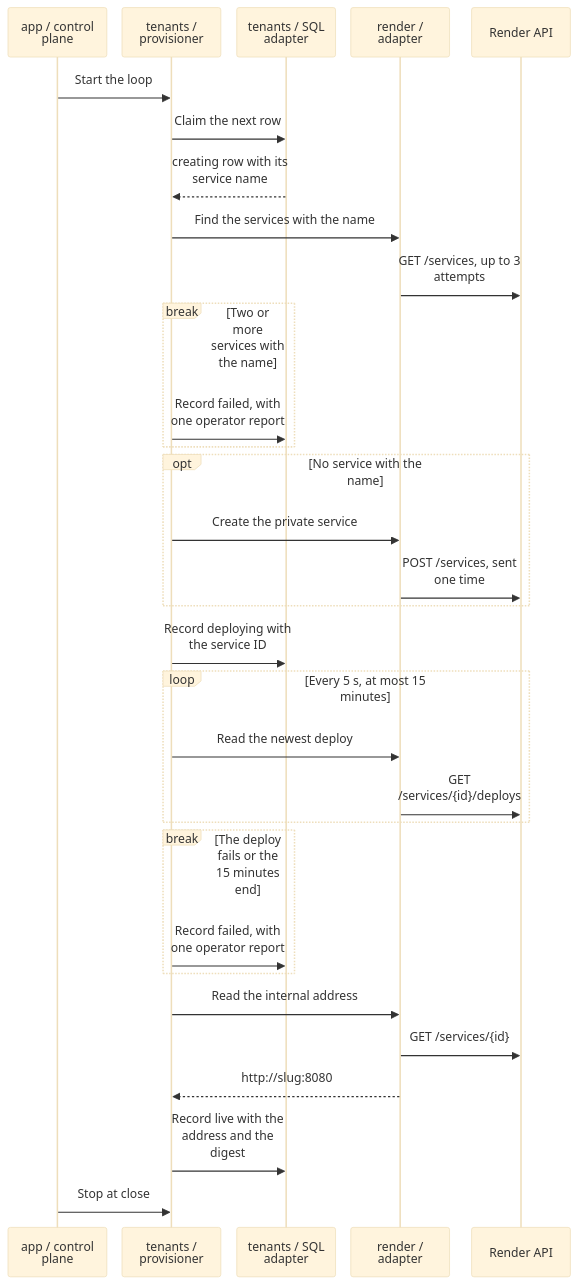
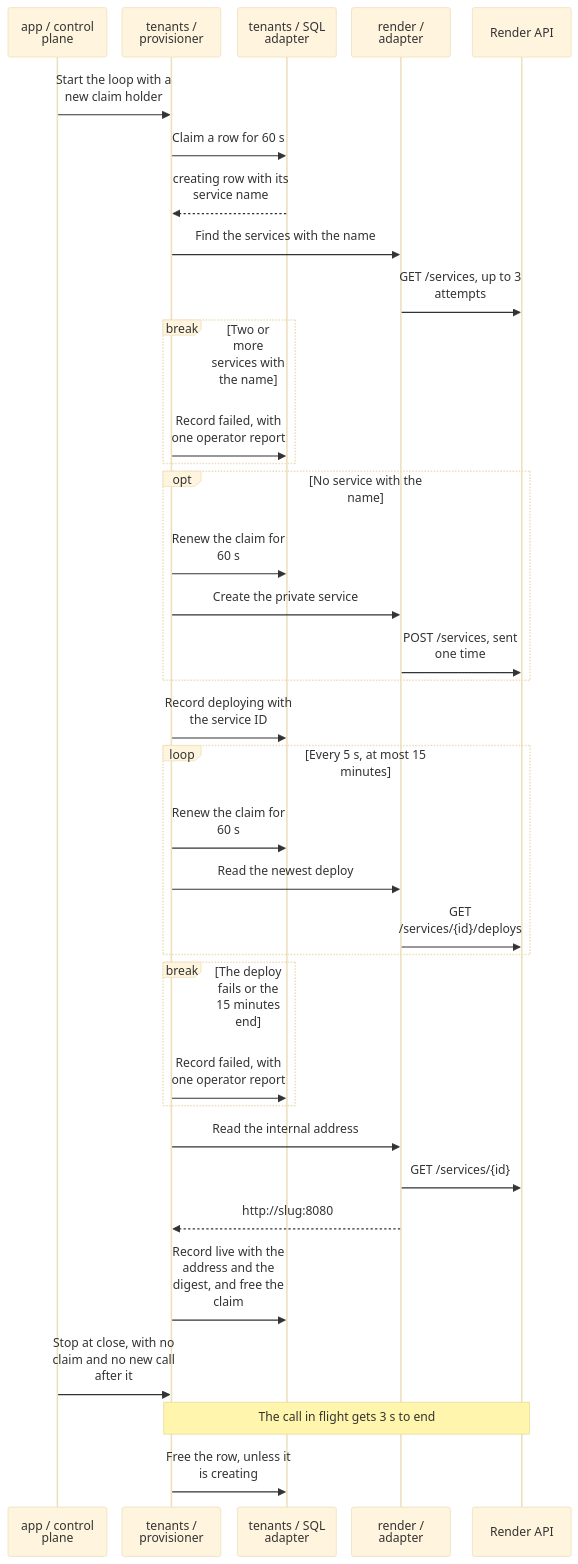
Diagram 19 of 24 in architecture/components.md (tomer-mayara/Thermus), drawn with Mermaid (base theme) before and after one commit. The commit also changed other lines of this file and 36 other files, not shown here.

````diff
--- a/architecture/components.md
+++ b/architecture/components.md
@@ -1673,34 +1696,38 @@
 ```mermaid
 %%{init: {"sequence": {"wrap": true, "actorMargin": 20, "width": 130}}}%%
 sequenceDiagram
   participant App as app / control plane
   participant Prov as tenants / provisioner
   participant Store as tenants / SQL adapter
   participant Render as render / adapter
   participant API as Render API
-  App->>Prov: Start the loop
-  Prov->>Store: Claim the next row
+  App->>Prov: Start the loop with a new claim holder
+  Prov->>Store: Claim a row for 60 s
   Store-->>Prov: creating row with its service name
   Prov->>Render: Find the services with the name
   Render->>API: GET /services, up to 3 attempts
   break Two or more services with the name
     Prov->>Store: Record failed, with one operator report
   end
   opt No service with the name
+    Prov->>Store: Renew the claim for 60 s
     Prov->>Render: Create the private service
     Render->>API: POST /services, sent one time
   end
   Prov->>Store: Record deploying with the service ID
   loop Every 5 s, at most 15 minutes
+    Prov->>Store: Renew the claim for 60 s
     Prov->>Render: Read the newest deploy
     Render->>API: GET /services/{id}/deploys
   end
   break The deploy fails or the 15 minutes end
     Prov->>Store: Record failed, with one operator report
   end
   Prov->>Render: Read the internal address
   Render->>API: GET /services/{id}
   Render-->>Prov: http://slug:8080
-  Prov->>Store: Record live with the address and the digest
-  App->>Prov: Stop at close
+  Prov->>Store: Record live with the address and the digest, and free the claim
+  App->>Prov: Stop at close, with no claim and no new call after it
+  Note over Prov,API: The call in flight gets 3 s to end
+  Prov->>Store: Free the row, unless it is creating
 ```
````
